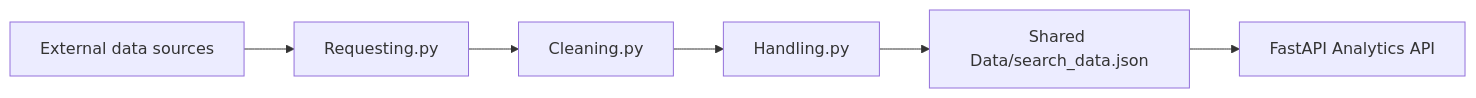
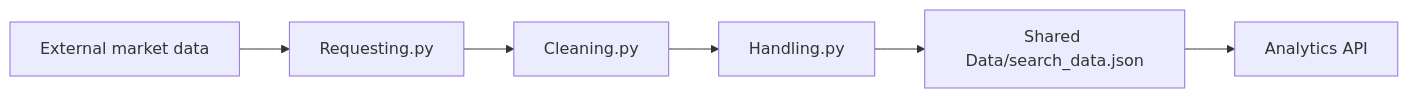
One commit to InsightHubapp/InsightHub changed the fifth of 5 diagrams in README.md. Above: the diagram before and after it, drawn with Mermaid. The commit also changed other lines of this file and 1 other file, not shown here.

````diff
--- a/README.md
+++ b/README.md
@@ -439,8 +459,8 @@
 ```mermaid
 flowchart LR
-    X[External data sources] --> R[Requesting.py]
-    R --> C[Cleaning.py]
-    C --> H[Handling.py]
-    H --> S[Shared Data/search_data.json]
-    S --> A[FastAPI Analytics API]
+    EXT[External market data] --> REQ[Requesting.py]
+    REQ --> CLEAN[Cleaning.py]
+    CLEAN --> HANDLE[Handling.py]
+    HANDLE --> SHARED[Shared Data/search_data.json]
+    SHARED --> FASTAPI[Analytics API]
 ```
````
